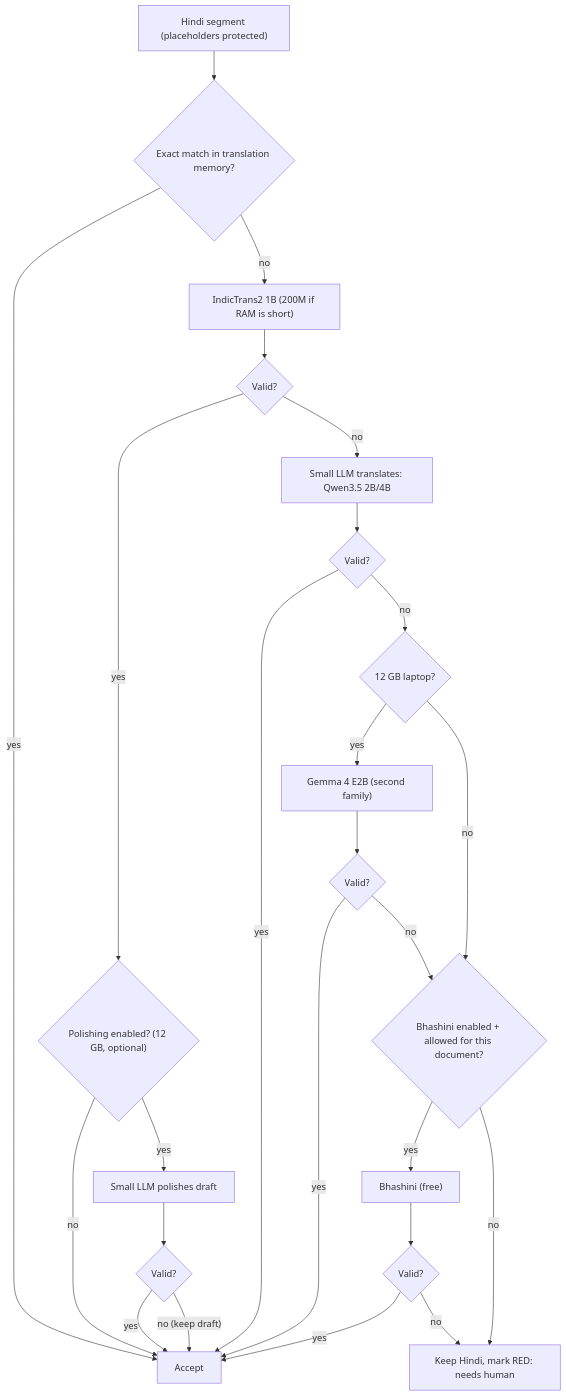
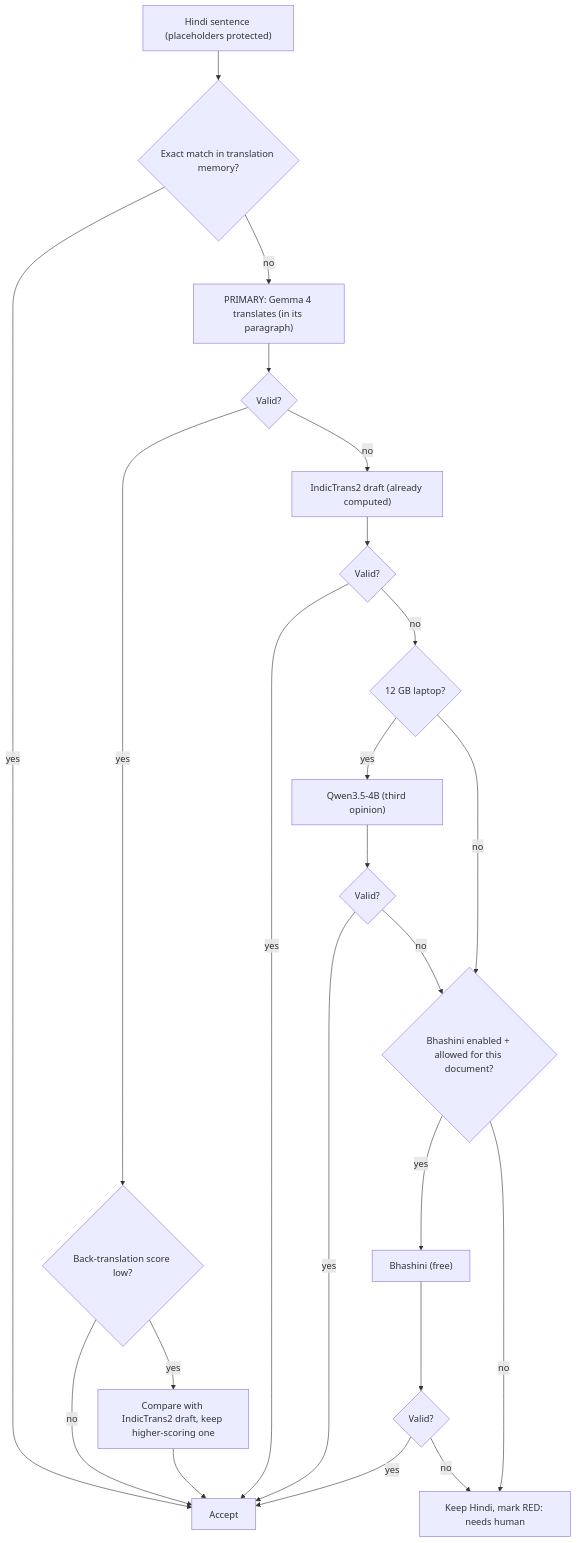
The third of 3 diagrams in PLAN.md (prasannad20011121/Pdf_-translater-), drawn with Mermaid before and after one commit. The commit also changed other lines of this file and 1 other file, not shown here.

First line of the commit message:
Revise plan: Gemma 4 as primary model

````diff
--- a/PLAN.md
+++ b/PLAN.md
@@ -260,24 +287,22 @@
 ```mermaid
 flowchart TD
-  S["Hindi segment (placeholders protected)"] --> TM{"Exact match in translation memory?"}
+  S["Hindi sentence (placeholders protected)"] --> TM{"Exact match in translation memory?"}
   TM -- yes --> OK["Accept"]
-  TM -- no --> D["IndicTrans2 1B (200M if RAM is short)"]
-  D --> V1{"Valid?"}
-  V1 -- yes --> PEQ{"Polishing enabled? (12 GB, optional)"}
-  PEQ -- no --> OK
-  PEQ -- yes --> PE["Small LLM polishes draft"] --> V2{"Valid?"}
+  TM -- no --> G4["PRIMARY: Gemma 4 translates (in its paragraph)"]
+  G4 --> V1{"Valid?"}
+  V1 -- yes --> AMB{"Back-translation score low?"}
+  AMB -- no --> OK
+  AMB -- yes --> CMP["Compare with IndicTrans2 draft, keep higher-scoring one"] --> OK
+  V1 -- no --> IT["IndicTrans2 draft (already computed)"]
+  IT --> V2{"Valid?"}
   V2 -- yes --> OK
-  V2 -- "no (keep draft)" --> OK
-  V1 -- no --> L1["Small LLM translates: Qwen3.5 2B/4B"]
-  L1 --> V3{"Valid?"}
+  V2 -- no --> Q{"12 GB laptop?"}
+  Q -- yes --> Q35["Qwen3.5-4B (third opinion)"] --> V3{"Valid?"}
   V3 -- yes --> OK
-  V3 -- no --> G{"12 GB laptop?"}
-  G -- yes --> L2["Gemma 4 E2B (second family)"] --> V4{"Valid?"}
+  V3 -- no --> B
+  Q -- no --> B{"Bhashini enabled + allowed for this document?"}
+  B -- yes --> BH["Bhashini (free)"] --> V4{"Valid?"}
   V4 -- yes --> OK
-  V4 -- no --> B
-  G -- no --> B{"Bhashini enabled + allowed for this document?"}
-  B -- yes --> BH["Bhashini (free)"] --> V5{"Valid?"}
-  V5 -- yes --> OK
-  V5 -- no --> FLAG["Keep Hindi, mark RED: needs human"]
+  V4 -- no --> FLAG["Keep Hindi, mark RED: needs human"]
   B -- no --> FLAG
 ```
````
